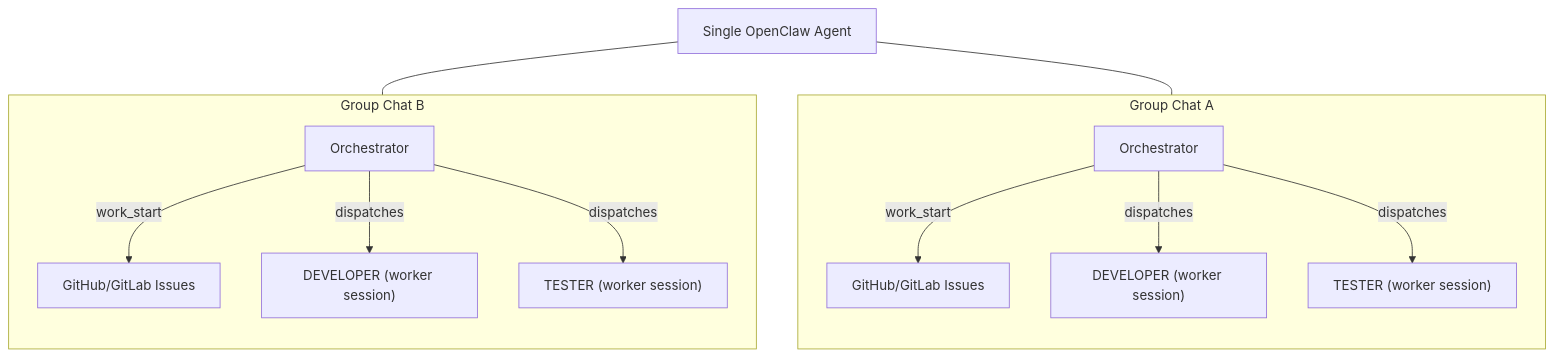
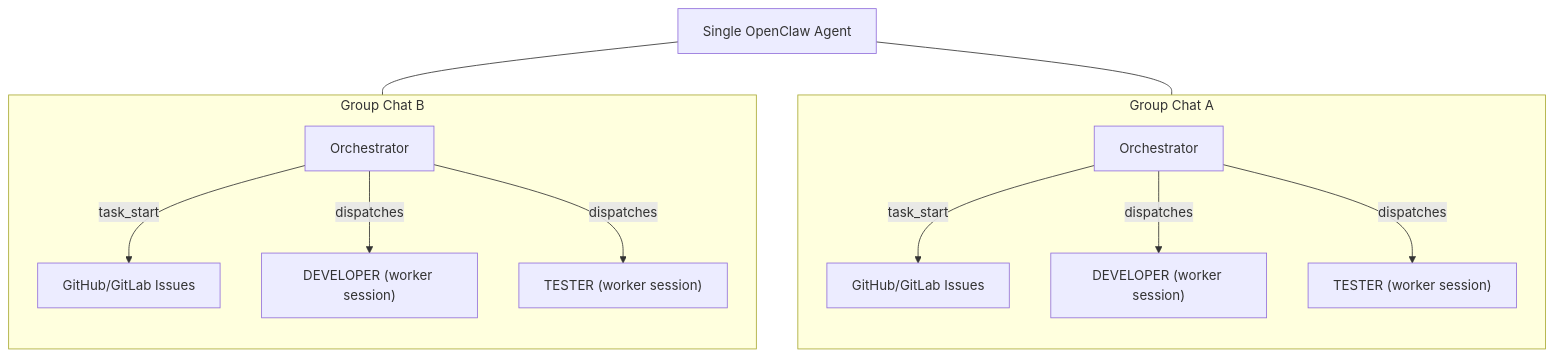
Before and after one commit to laurentenhoor/devclaw: the first of 13 diagrams in docs/ARCHITECTURE.md, drawn with Mermaid. The commit also changed other lines of this file and 29 other files, not shown here.

````diff
--- a/docs/ARCHITECTURE.md
+++ b/docs/ARCHITECTURE.md
@@ -7,28 +7,28 @@
 ```mermaid
 graph TB
     subgraph "Group Chat A"
         direction TB
         A_O["Orchestrator"]
         A_GL[GitHub/GitLab Issues]
         A_DEV["DEVELOPER (worker session)"]
         A_TST["TESTER (worker session)"]
-        A_O -->|work_start| A_GL
+        A_O -->|task_start| A_GL
         A_O -->|dispatches| A_DEV
         A_O -->|dispatches| A_TST
     end
 
     subgraph "Group Chat B"
         direction TB
         B_O["Orchestrator"]
         B_GL[GitHub/GitLab Issues]
         B_DEV["DEVELOPER (worker session)"]
         B_TST["TESTER (worker session)"]
-        B_O -->|work_start| B_GL
+        B_O -->|task_start| B_GL
         B_O -->|dispatches| B_DEV
         B_O -->|dispatches| B_TST
     end
 
     AGENT["Single OpenClaw Agent"]
     AGENT --- A_O
     AGENT --- B_O
 ```
````
